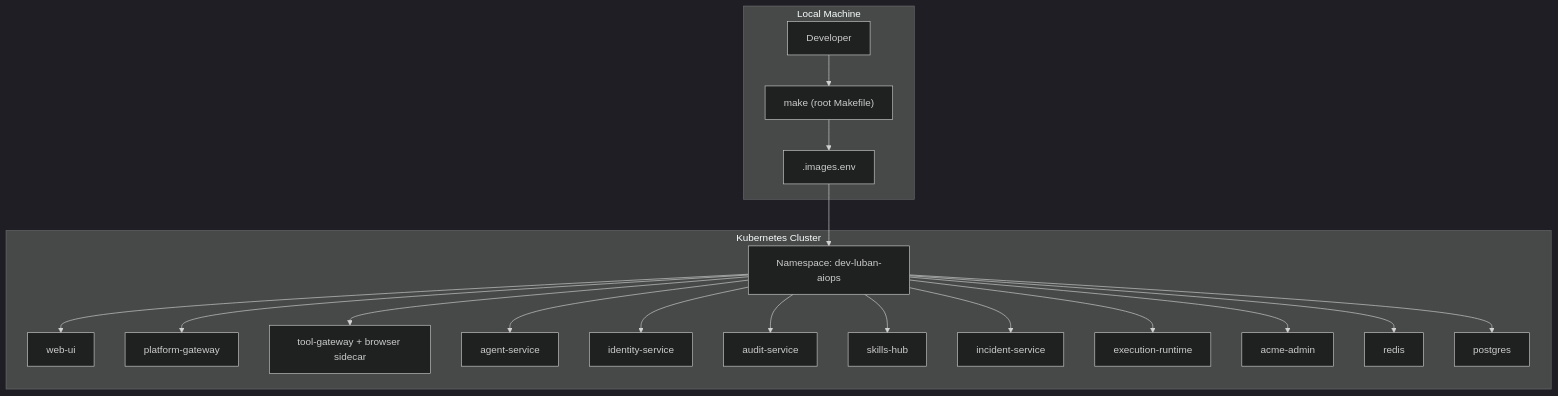
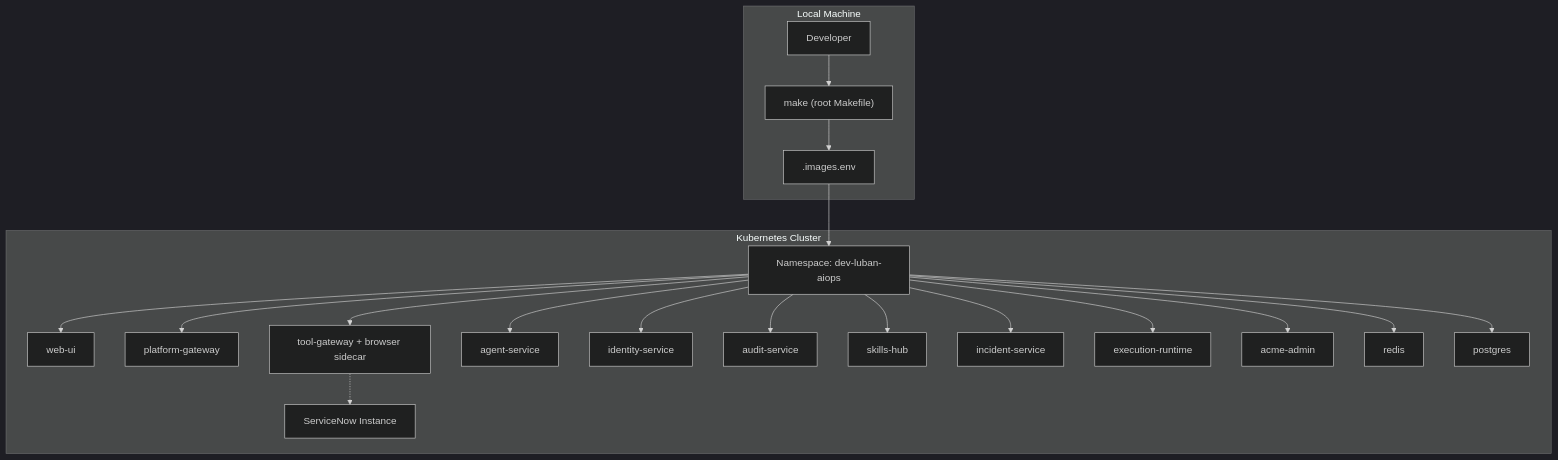
One commit to metasync/luban-aiops changed the first of 3 diagrams in .qoder/repowiki/en/content/Getting Started.md. Above: the diagram before and after it, drawn with Mermaid (dark theme). The commit also changed other lines of this file and 7 other files, not shown here.

Commit message:
docs: index the ServiceNow live-integration guide in the repowiki cache

````diff
--- a/.qoder/repowiki/en/content/Getting Started.md
+++ b/.qoder/repowiki/en/content/Getting Started.md
@@ -76,38 +80,40 @@
 ```mermaid
 graph TB
 subgraph "Local Machine"
 DEV["Developer"]
 MK["make (root Makefile)"]
 IMG[".images.env"]
 end
 subgraph "Kubernetes Cluster"
 NS["Namespace: dev-luban-aiops"]
 WEB["web-ui"]
 PGW["platform-gateway"]
 TGW["tool-gateway + browser sidecar"]
 AGS["agent-service"]
 IDB["identity-service"]
 AUD["audit-service"]
 SKH["skills-hub"]
 INC["incident-service"]
 EXE["execution-runtime"]
 ACM["acme-admin"]
 RDS["redis"]
 PGR["postgres"]
+SNOW["ServiceNow Instance"]
 end
 DEV --> MK
 MK --> IMG
 IMG --> NS
 NS --> WEB
 NS --> PGW
 NS --> TGW
 NS --> AGS
 NS --> IDB
 NS --> AUD
 NS --> SKH
 NS --> INC
 NS --> EXE
 NS --> ACM
 NS --> RDS
 NS --> PGR
+TGW -.-> SNOW
 ```
````
